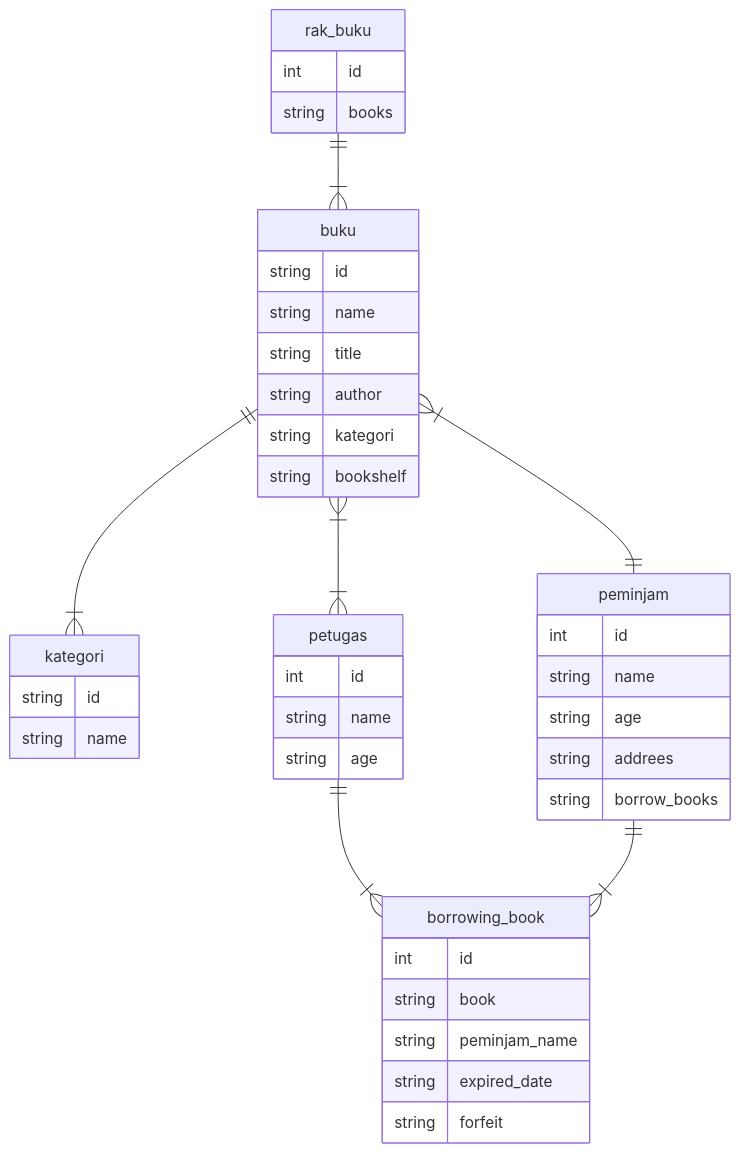
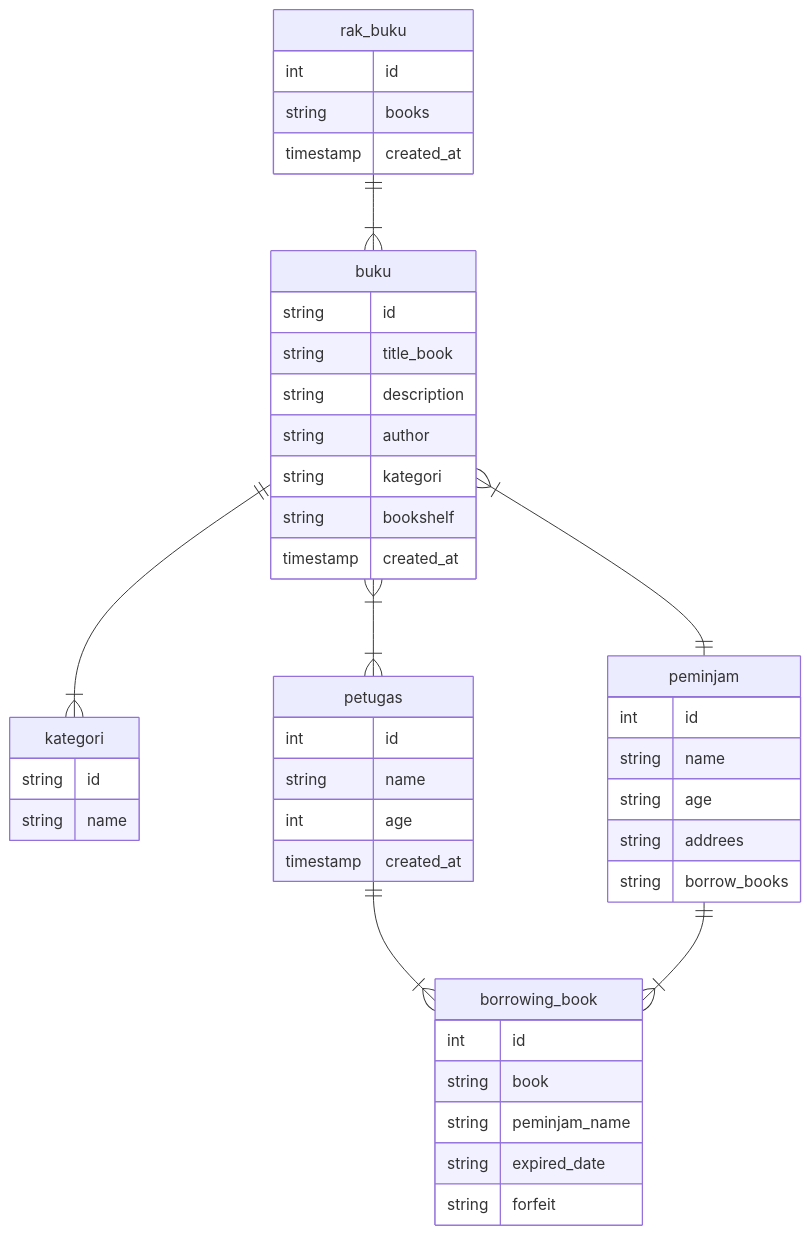
The diagram in README.md (AbiPasundan/koda-b6-db1), drawn with Mermaid before and after one commit. The commit also changed 2 other files, not shown here.

Commit message:
feat: add sql file

````diff
--- a/README.md
+++ b/README.md
@@ -22,48 +22,51 @@
 ```mermaid
 
 erDiagram
     buku ||--|{kategori: ""
     buku }|--|{petugas: ""
     buku }|--||peminjam: ""
     buku {
         string id
-        string name
-        string title
+        string title_book
+        string description
         string author
         string kategori
         string bookshelf
+        timestamp created_at
     }
 
     kategori {
         string id
         string name
     }
 
     rak_buku||--|{buku : ""
     rak_buku {
         int id
         string books
+        timestamp created_at
     }
     petugas||--|{borrowing_book : ""
     petugas {
         int id
         string name
-        string age
+        int age
+        timestamp created_at
     }
     peminjam||--|{borrowing_book : ""
     peminjam {
         int id
         string name
         string age
         string addrees
         string borrow_books
     }
 
     borrowing_book {
         int id
         string book
         string peminjam_name
         string expired_date
         string forfeit
     }
 ```
````
